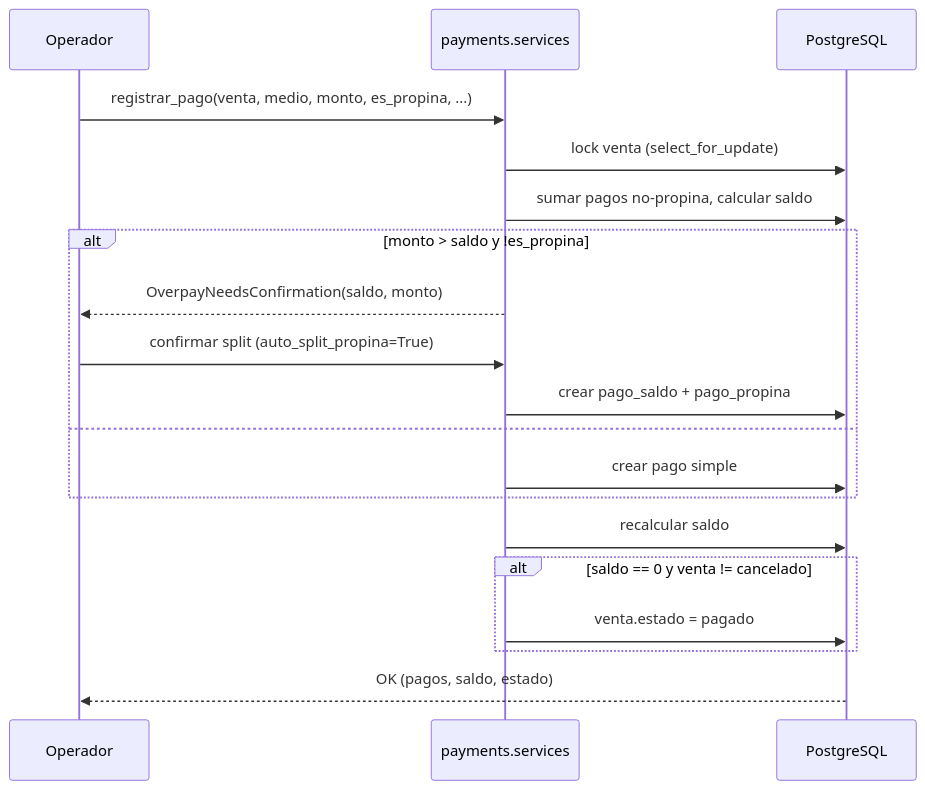
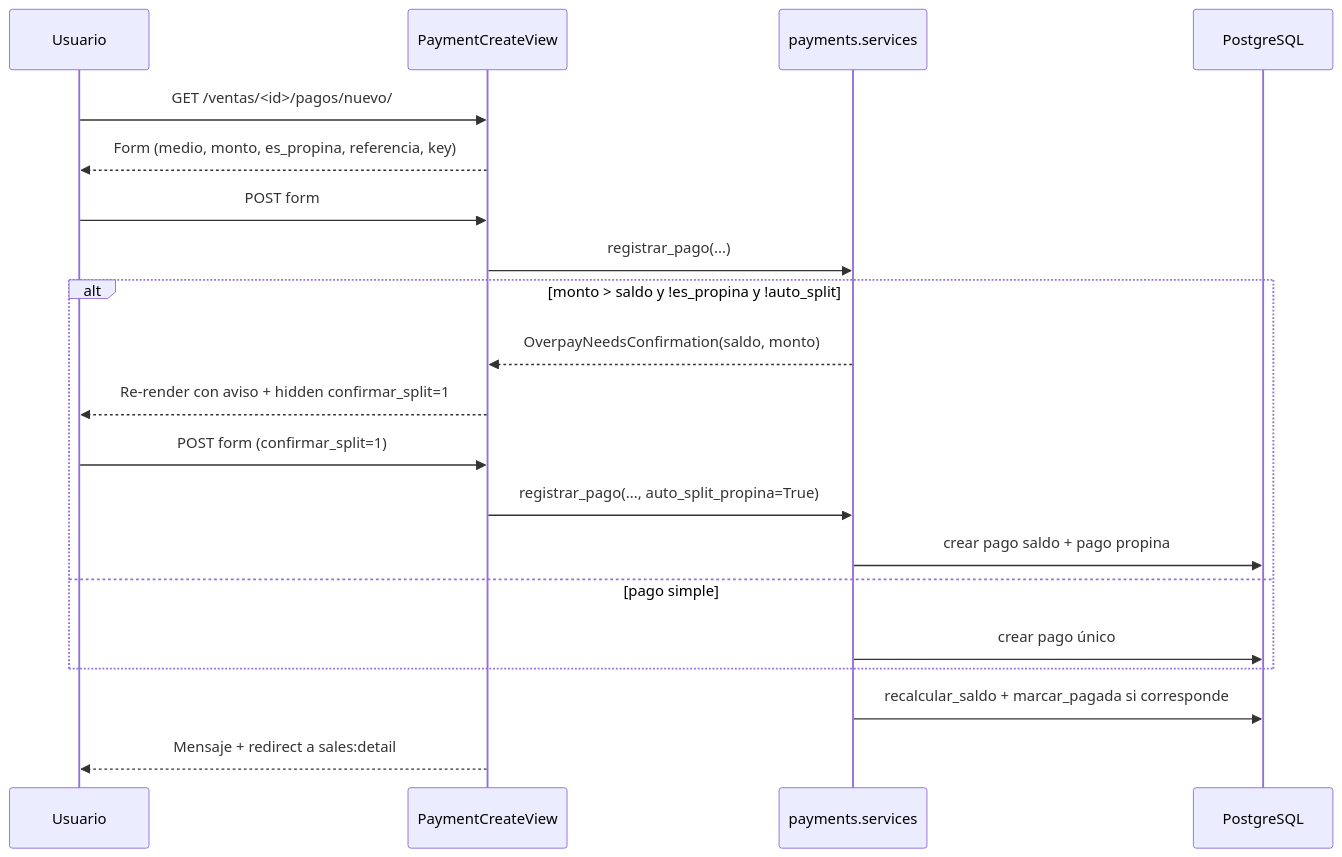
Diagram 36 of 40 in README.md (IgnacioVelazquez92/LavaderApp), drawn with Mermaid before and after one commit. The commit also changed other lines of this file and 7 other files, not shown here.

````diff
--- a/README.md
+++ b/README.md
@@ -3135,22 +3199,24 @@
 ```mermaid
 sequenceDiagram
-  participant U as Operador
-  participant PAY as payments.services
+  participant U as Usuario
+  participant VW as PaymentCreateView
+  participant S as payments.services
   participant DB as PostgreSQL
 
-  U->>PAY: registrar_pago(venta, medio, monto, es_propina, ...)
-  PAY->>DB: lock venta (select_for_update)
-  PAY->>DB: sumar pagos no-propina, calcular saldo
-  alt monto > saldo y !es_propina
-    PAY-->>U: OverpayNeedsConfirmation(saldo, monto)
-    U->>PAY: confirmar split (auto_split_propina=True)
-    PAY->>DB: crear pago_saldo + pago_propina
-  else
-    PAY->>DB: crear pago simple
+  U->>VW: GET /ventas/<id>/pagos/nuevo/
+  VW-->>U: Form (medio, monto, es_propina, referencia, key)
+
+  U->>VW: POST form
+  VW->>S: registrar_pago(...)
+  alt monto > saldo y !es_propina y !auto_split
+    S-->>VW: OverpayNeedsConfirmation(saldo, monto)
+    VW-->>U: Re-render con aviso + hidden confirmar_split=1
+    U->>VW: POST form (confirmar_split=1)
+    VW->>S: registrar_pago(..., auto_split_propina=True)
+    S->>DB: crear pago saldo + pago propina
+  else pago simple
+    S->>DB: crear pago único
   end
-  PAY->>DB: recalcular saldo
-  alt saldo == 0 y venta != cancelado
-    PAY->>DB: venta.estado = pagado
-  end
-  DB-->>U: OK (pagos, saldo, estado)
+  S->>DB: recalcular_saldo + marcar_pagada si corresponde
+  VW-->>U: Mensaje + redirect a sales:detail
 ```
````
